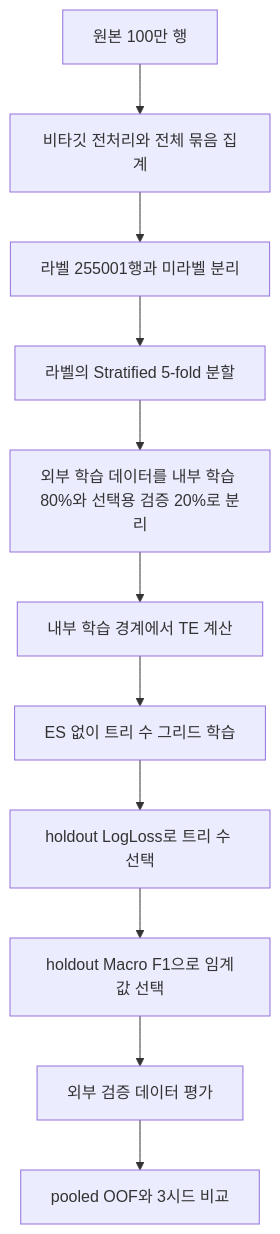
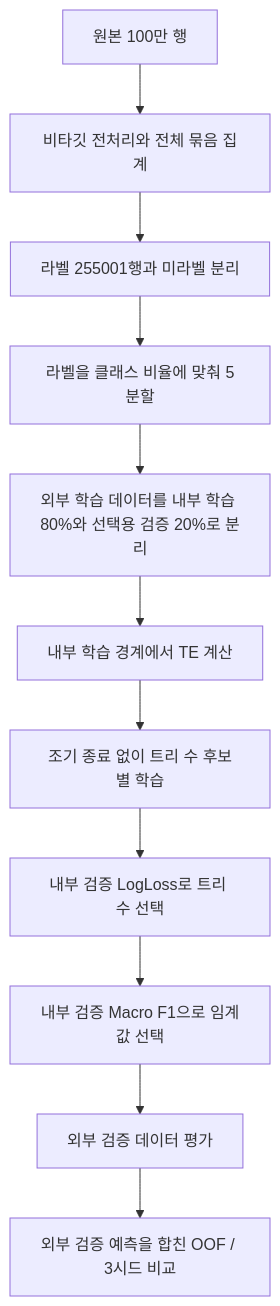
The second of 3 diagrams in README.md (Peter-jackson12/Airplane), drawn with Mermaid before and after one commit. The commit also changed other lines of this file and 11 other files, not shown here.

````diff
--- a/README.md
+++ b/README.md
@@ -132,13 +122,13 @@
 ```mermaid
 flowchart TD
     A[원본 100만 행] --> B[비타깃 전처리와 전체 묶음 집계]
     B --> C[라벨 255001행과 미라벨 분리]
-    C --> D[라벨의 Stratified 5-fold 분할]
+    C --> D[라벨을 클래스 비율에 맞춰 5분할]
     D --> E["외부 학습 데이터를 내부 학습 80%와 선택용 검증 20%로 분리"]
     E --> F["내부 학습 경계에서 TE 계산"]
-    F --> G[ES 없이 트리 수 그리드 학습]
-    G --> H[holdout LogLoss로 트리 수 선택]
-    H --> I[holdout Macro F1으로 임계값 선택]
+    F --> G[조기 종료 없이 트리 수 후보별 학습]
+    G --> H[내부 검증 LogLoss로 트리 수 선택]
+    H --> I[내부 검증 Macro F1으로 임계값 선택]
     I --> J["외부 검증 데이터 평가"]
-    J --> K[pooled OOF와 3시드 비교]
+    J --> K[외부 검증 예측을 합친 OOF / 3시드 비교]
 ```
````
